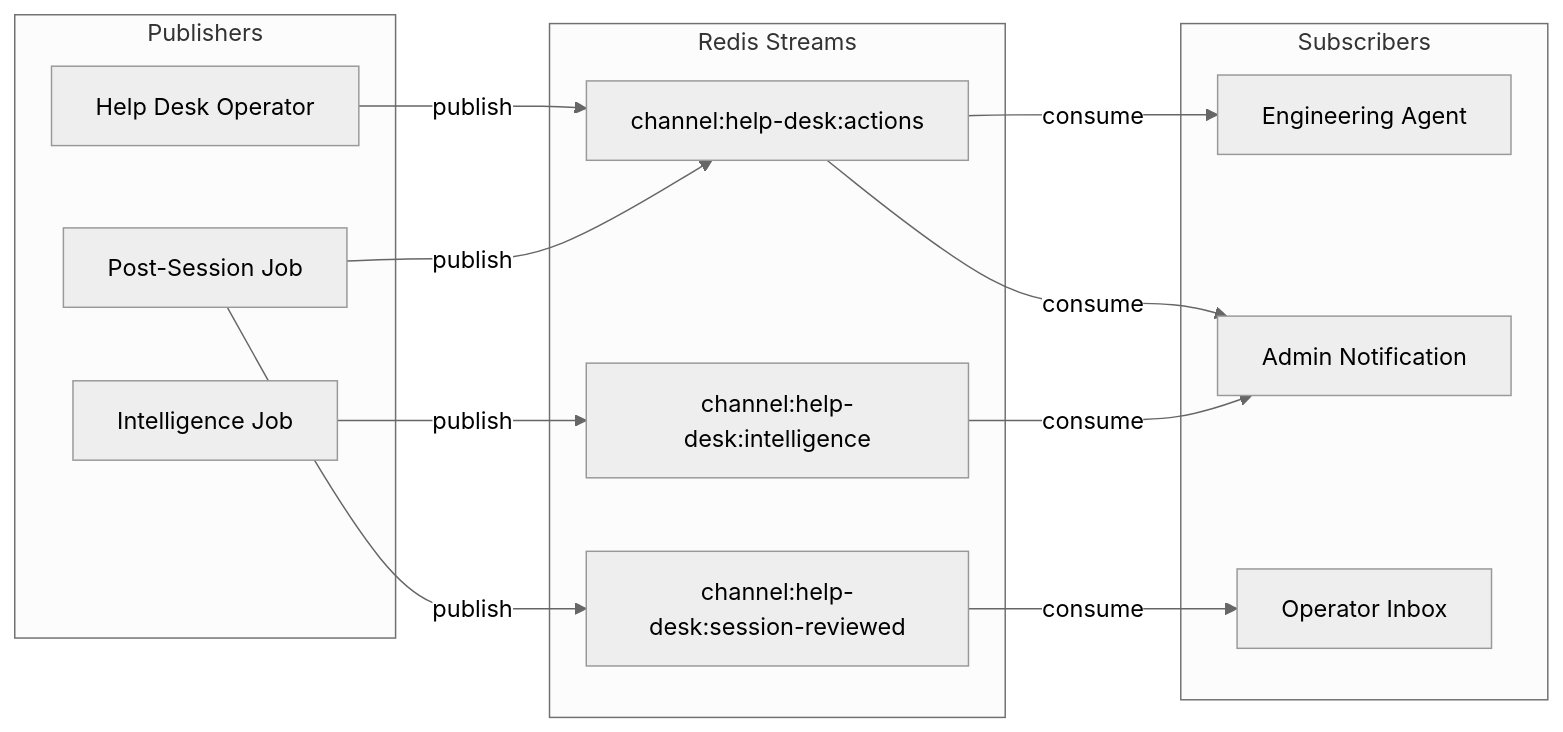
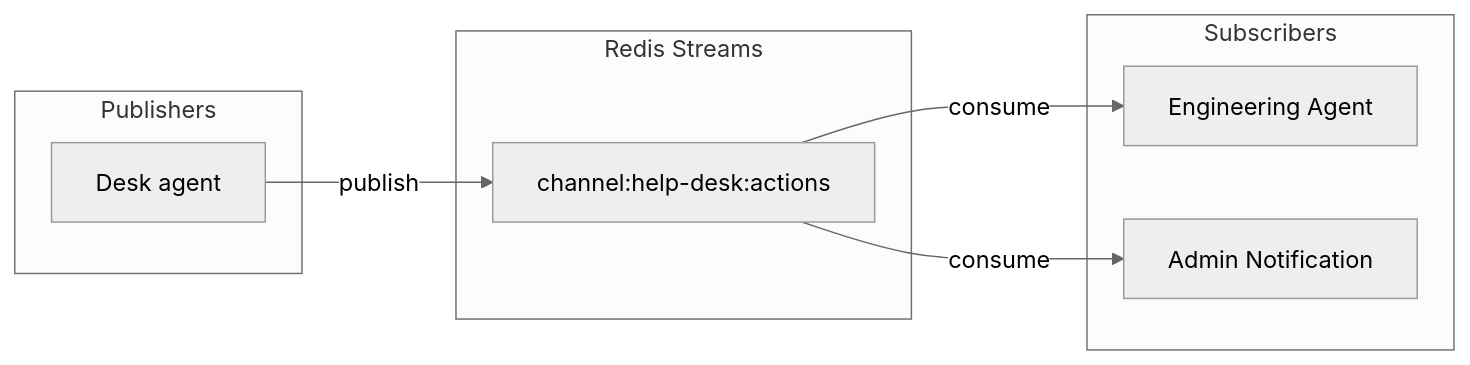
One commit to InstruktAI/TeleClaude changed the seventh of 15 diagrams in docs/local/design/architecture/help-desk-platform.md. Above: the diagram before and after it, drawn with Mermaid (neutral theme). The commit also changed other lines of this file, not shown here.

First line of the commit message:
docs(help-desk): drop the unbuilt action taxonomy and intelligence job [skip ci]

````diff
--- a/docs/local/design/architecture/help-desk-platform.md
+++ b/docs/local/design/architecture/help-desk-platform.md
@@ -574,30 +574,20 @@
 ```mermaid
 flowchart LR
     subgraph Publishers
-        HD[Help Desk Operator]
-        PSJ[Post-Session Job]
-        IJ[Intelligence Job]
+        HD[Desk agent]
     end
 
     subgraph "Redis Streams"
-        CH1["channel:help-desk:session-reviewed"]
         CH2["channel:help-desk:actions"]
-        CH3["channel:help-desk:intelligence"]
     end
 
     subgraph Subscribers
         ENG[Engineering Agent]
         ADMIN[Admin Notification]
-        OP[Operator Inbox]
     end
 
     HD -->|publish| CH2
-    PSJ -->|publish| CH1
-    PSJ -->|publish| CH2
-    IJ -->|publish| CH3
 
-    CH1 -->|consume| OP
     CH2 -->|consume| ENG
     CH2 -->|consume| ADMIN
-    CH3 -->|consume| ADMIN
 ```
````
